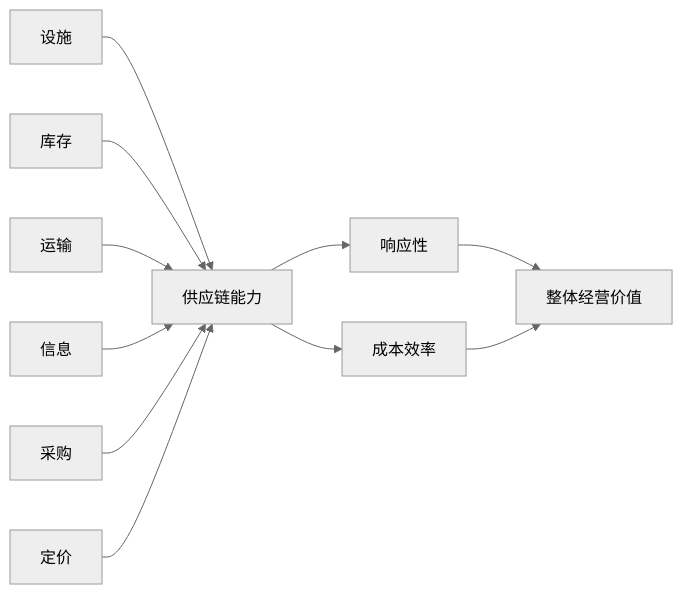
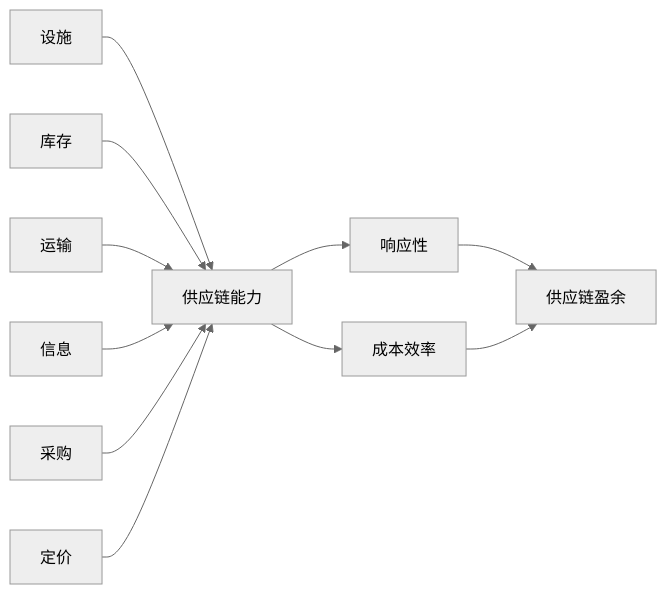
Before and after one commit to Chizheng4/robotaxi: the fourth of 11 diagrams in README.md, drawn with Mermaid (neutral theme). The commit also changed other lines of this file and 15 other files, not shown here.

Commit message:
v043.0.1 统一数据趋势图交付

````diff
--- a/README.md
+++ b/README.md
@@ -87,13 +95,13 @@
 ```mermaid
 flowchart LR
   A["设施"] --> G["供应链能力"]
   B["库存"] --> G
   C["运输"] --> G
   D["信息"] --> G
   E["采购"] --> G
   F["定价"] --> G
   G --> H["响应性"]
   G --> I["成本效率"]
-  H --> J["整体经营价值"]
+  H --> J["供应链盈余"]
   I --> J
 ```
````
